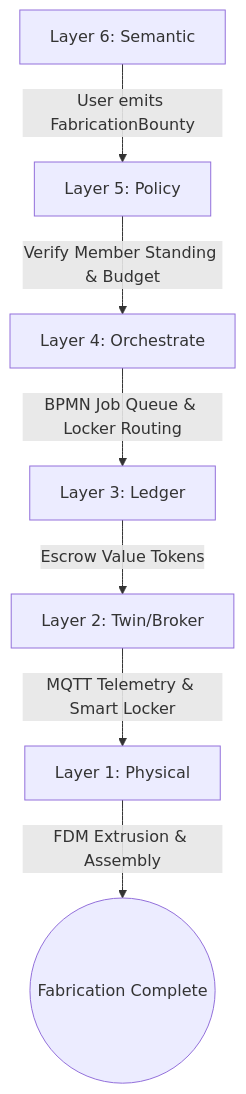
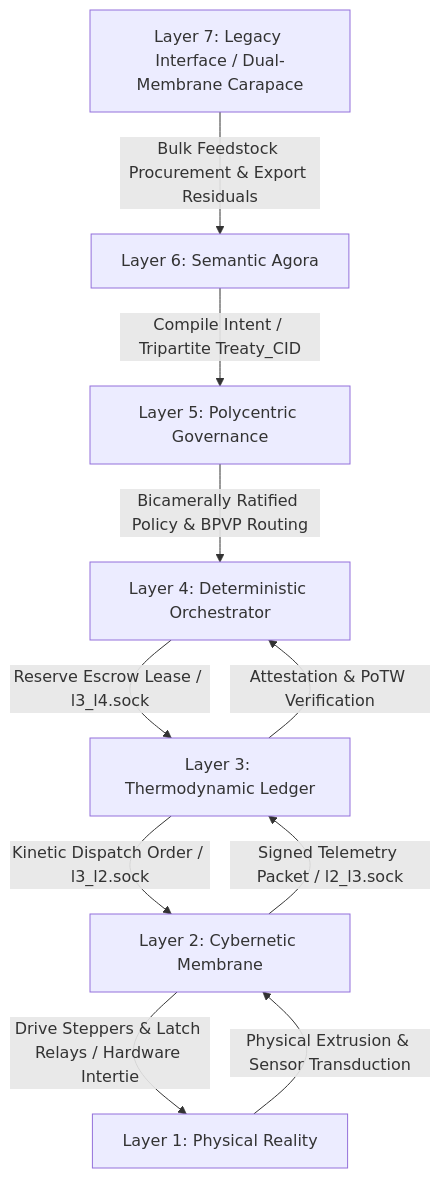
The first of 4 diagrams in docs/scenarios/alpha_fabrication.md (raffaine/collective), drawn with Mermaid before and after one commit. The commit also changed other lines of this file and 23 other files, not shown here.

````diff
--- a/docs/scenarios/alpha_fabrication.md
+++ b/docs/scenarios/alpha_fabrication.md
@@ -25,9 +41,12 @@
 ```mermaid
 graph TD
-    L6[Layer 6: Semantic] -->|User emits FabricationBounty| L5[Layer 5: Policy]
-    L5 -->|Verify Member Standing & Budget| L4[Layer 4: Orchestrate]
-    L4 -->|BPMN Job Queue & Locker Routing| L3[Layer 3: Ledger]
-    L3 -->|Escrow Value Tokens| L2[Layer 2: Twin/Broker]
-    L2 -->|MQTT Telemetry & Smart Locker| L1[Layer 1: Physical]
-    L1 -->|FDM Extrusion & Assembly| End((Fabrication Complete))
+    L7[Layer 7: Legacy Interface / Dual-Membrane Carapace] -->|Bulk Feedstock Procurement & Export Residuals| L6[Layer 6: Semantic Agora]
+    L6 -->|Compile Intent / Tripartite Treaty_CID| L5[Layer 5: Polycentric Governance]
+    L5 -->|Bicamerally Ratified Policy & BPVP Routing| L4[Layer 4: Deterministic Orchestrator]
+    L4 -->|Reserve Escrow Lease / l3_l4.sock| L3[Layer 3: Thermodynamic Ledger]
+    L3 -->|Kinetic Dispatch Order / l3_l2.sock| L2[Layer 2: Cybernetic Membrane]
+    L2 -->|Drive Steppers & Latch Relays / Hardware Intertie| L1[Layer 1: Physical Reality]
+    L1 -->|Physical Extrusion & Sensor Transduction| L2
+    L2 -->|Signed Telemetry Packet / l2_l3.sock| L3
+    L3 -->|Attestation & PoTW Verification| L4
 ```
````
